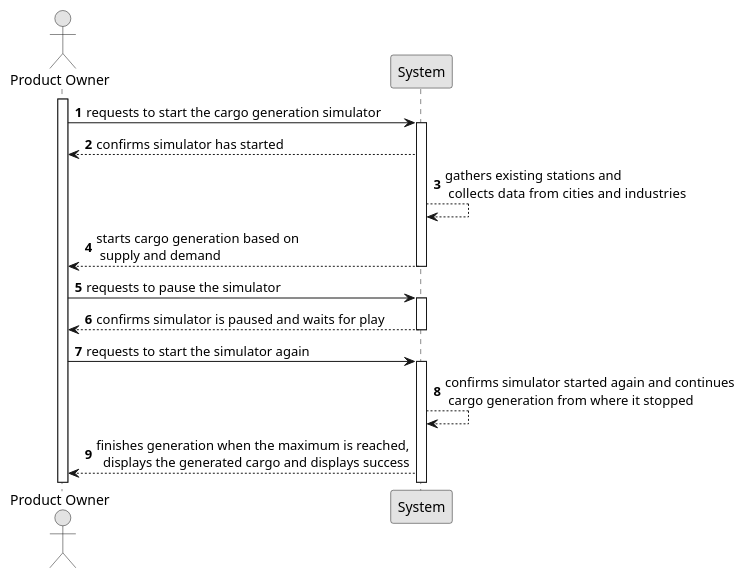
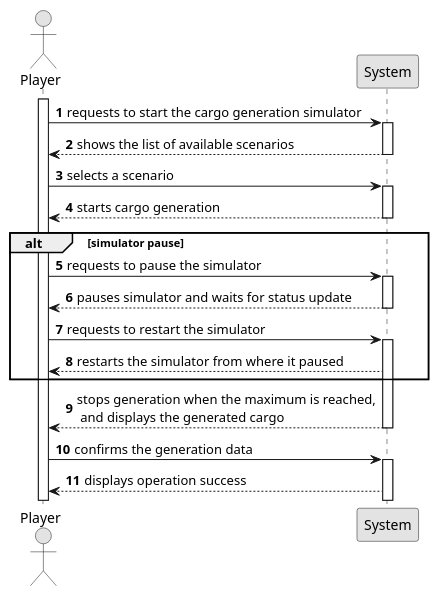
One commit to 1240935/pi2-railway-simulator changed the diagram in docsFinais/US012/01.requirements-engineering/puml/US012-SSD.puml. Above: the diagram before and after it, drawn with PlantUML. The commit also changed 303 other files, not shown here.

```diff
--- a/docsFinais/US012/01.requirements-engineering/puml/US012-SSD.puml
+++ b/docsFinais/US012/01.requirements-engineering/puml/US012-SSD.puml
@@ -1,36 +1,50 @@
 @startuml
 skinparam monochrome true
 skinparam packageStyle rectangle
 skinparam shadowing false
 
 autonumber
 
-actor "Product Owner" as Employee
+actor "Player" as Employee
 participant "System" as System
 
 activate Employee
 
     Employee -> System : requests to start the cargo generation simulator
-        activate System
+    activate System
 
-            System --> Employee : confirms simulator has started
-            System --> System : gathers existing stations and \n collects data from  cities and industries
-            System --> Employee : starts cargo generation based on \n supply and demand
-        deactivate System
+    System --> Employee : shows the list of available scenarios
+    deactivate System
 
-        Employee -> System : requests to pause the simulator
-        activate System
+    Employee -> System : selects a scenario
+    activate System
 
-            System --> Employee : confirms simulator is paused and waits for play
+    System --> Employee : starts cargo generation
+    deactivate System
 
-        deactivate System
-        Employee -> System : requests to start the simulator again
-        activate System
+    alt simulator pause
 
-            System --> System: confirms simulator started again and continues \n cargo generation from where it stopped
-            System --> Employee: finishes generation when the maximum is reached,\n  displays the generated cargo and displays success
+    Employee -> System : requests to pause the simulator
+    activate System
 
+    System --> Employee : pauses simulator and waits for status update
+    deactivate System
+
+    Employee -> System : requests to restart the simulator
+    activate System
+
+    System --> Employee : restarts the simulator from where it paused
+
+    end alt
+
+    System --> Employee: stops generation when the maximum is reached,\n and displays the generated cargo
+    deactivate System
+
+    Employee -> System: confirms the generation data
+    activate System
+
+    System --> Employee: displays operation success
 
 
 
 @enduml
```
